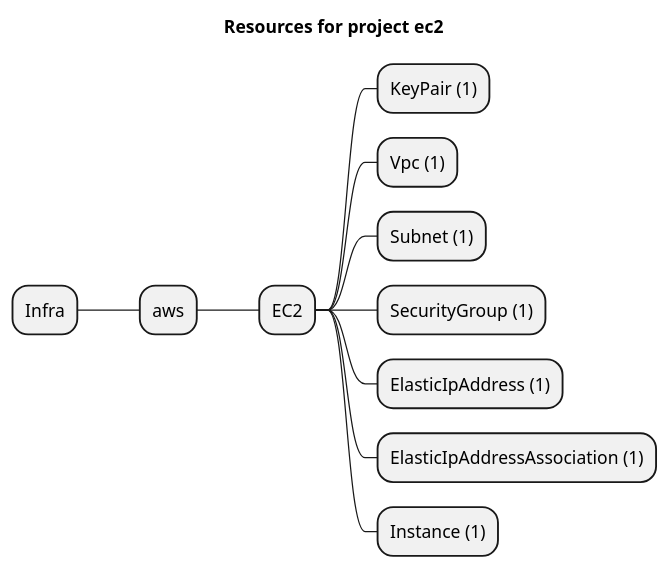
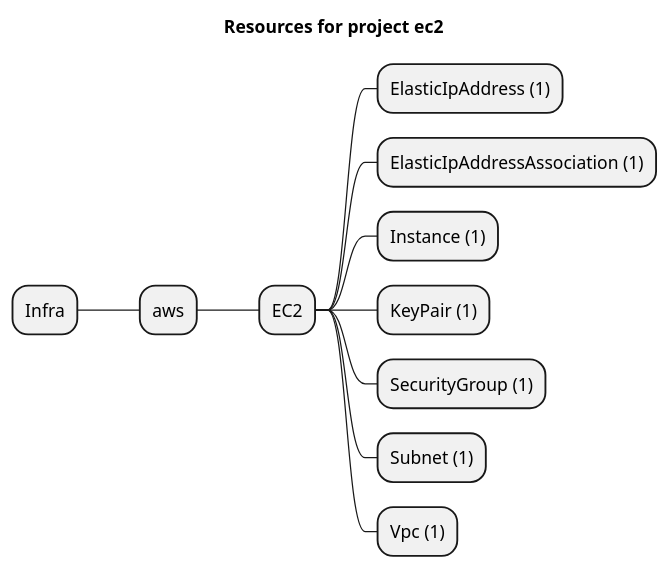
The diagram in examples/aws/EC2/Instance/ec2/artifacts/resources-mindmap.puml (grucloud/grucloud), drawn with PlantUML before and after one commit. The commit also changed other lines of this file and 7 other files, not shown here.

```diff
--- a/examples/aws/EC2/Instance/ec2/artifacts/resources-mindmap.puml
+++ b/examples/aws/EC2/Instance/ec2/artifacts/resources-mindmap.puml
@@ -1,14 +1,14 @@
 @startmindmap
 title Resources for project ec2
 skinparam monochrome true
 + Infra
 ++ aws
 +++ EC2
-++++ KeyPair (1)
-++++ Vpc (1)
-++++ Subnet (1)
-++++ SecurityGroup (1)
 ++++ ElasticIpAddress (1)
 ++++ ElasticIpAddressAssociation (1)
 ++++ Instance (1)
+++++ KeyPair (1)
+++++ SecurityGroup (1)
+++++ Subnet (1)
+++++ Vpc (1)
 @endmindmap
```
